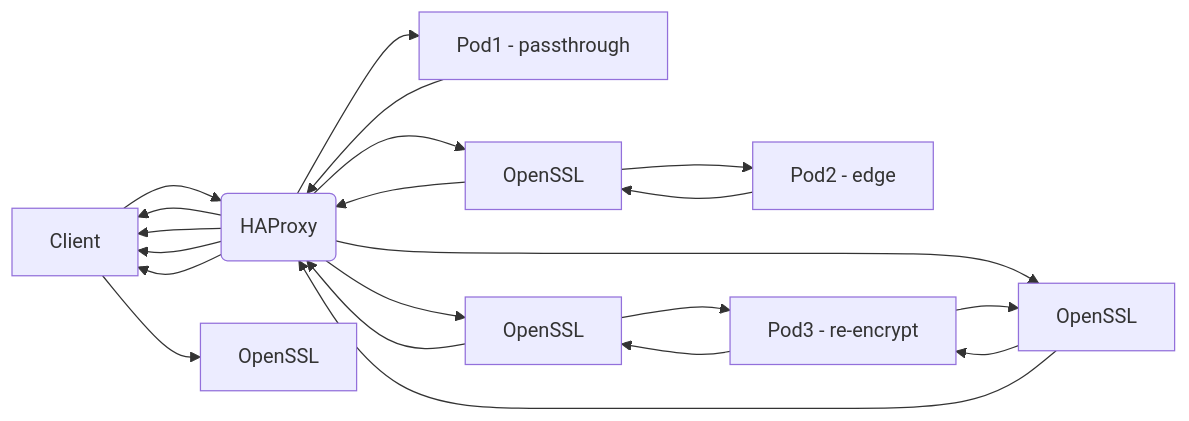
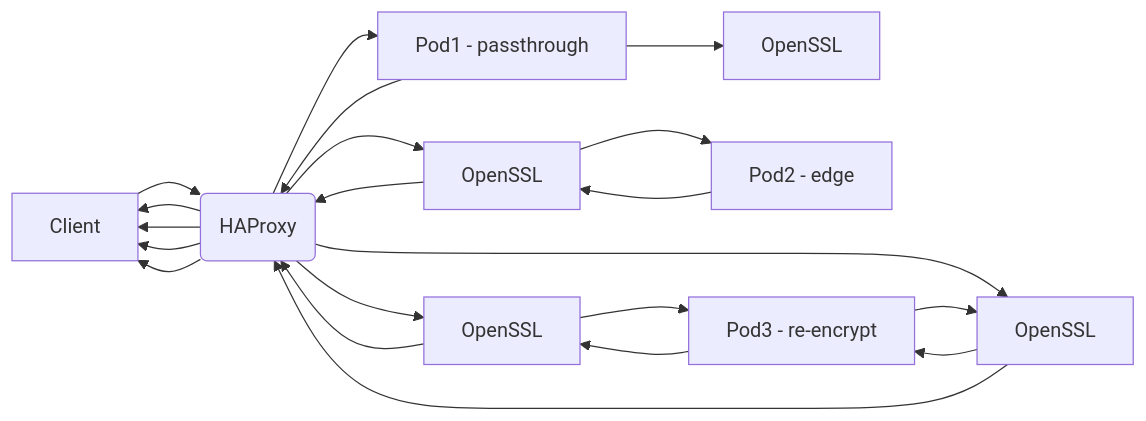
Before and after one commit to emmahone/haproxy-state-machine: the second of 7 diagrams in README.md, drawn with Mermaid.

````diff
--- a/README.md
+++ b/README.md
@@ -48,29 +48,29 @@
 ```mermaid
 graph LR
   A[Client] --> B(HAProxy);
   B --> C[Pod1 - passthrough];
   C --> B;
   B --> A;
   
   %% Passthrough
   B --> A;
-  A --> J[OpenSSL]
+  C --> J[OpenSSL]
   
   %% Edge
   B --> E[OpenSSL];
   E --> F[Pod2 - edge];
   F --> E;
   E --> B;
   B --> A;
   
   %% Re-encrypt
   B --> G[OpenSSL];
   G --> H[Pod3 - re-encrypt];
   H --> G;
   G --> B;
   B --> I[OpenSSL];
   I --> H;
   H --> I;
   I --> B;
   B --> A;
 ```
````
